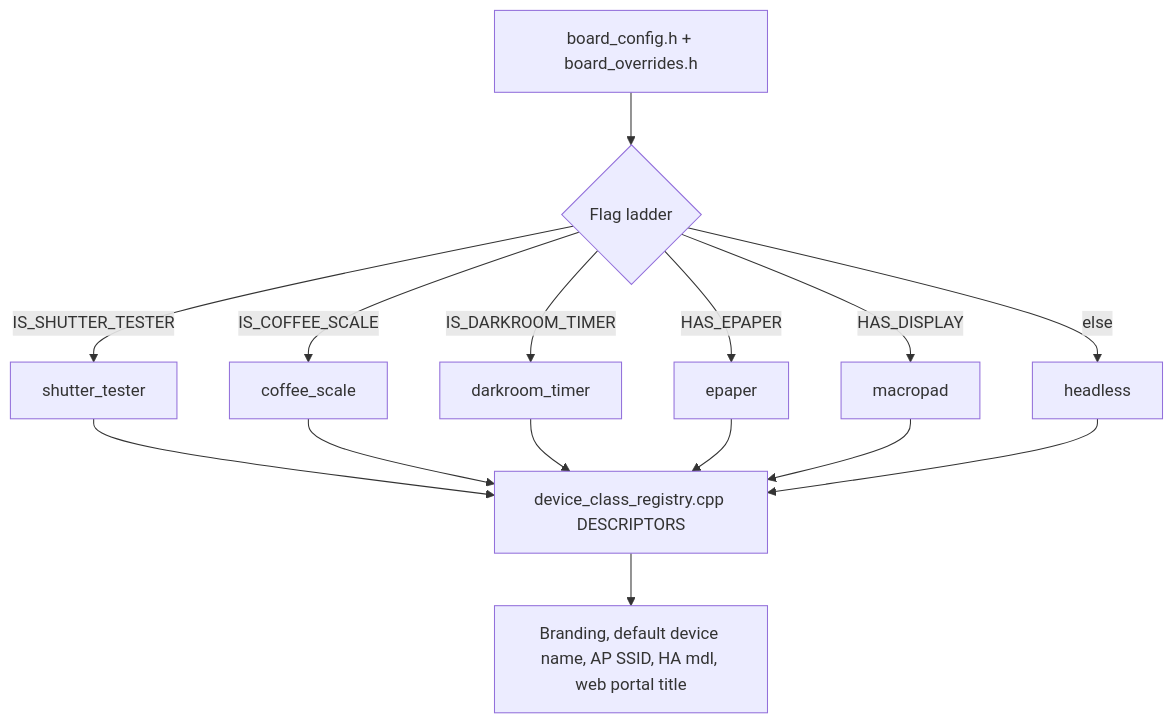
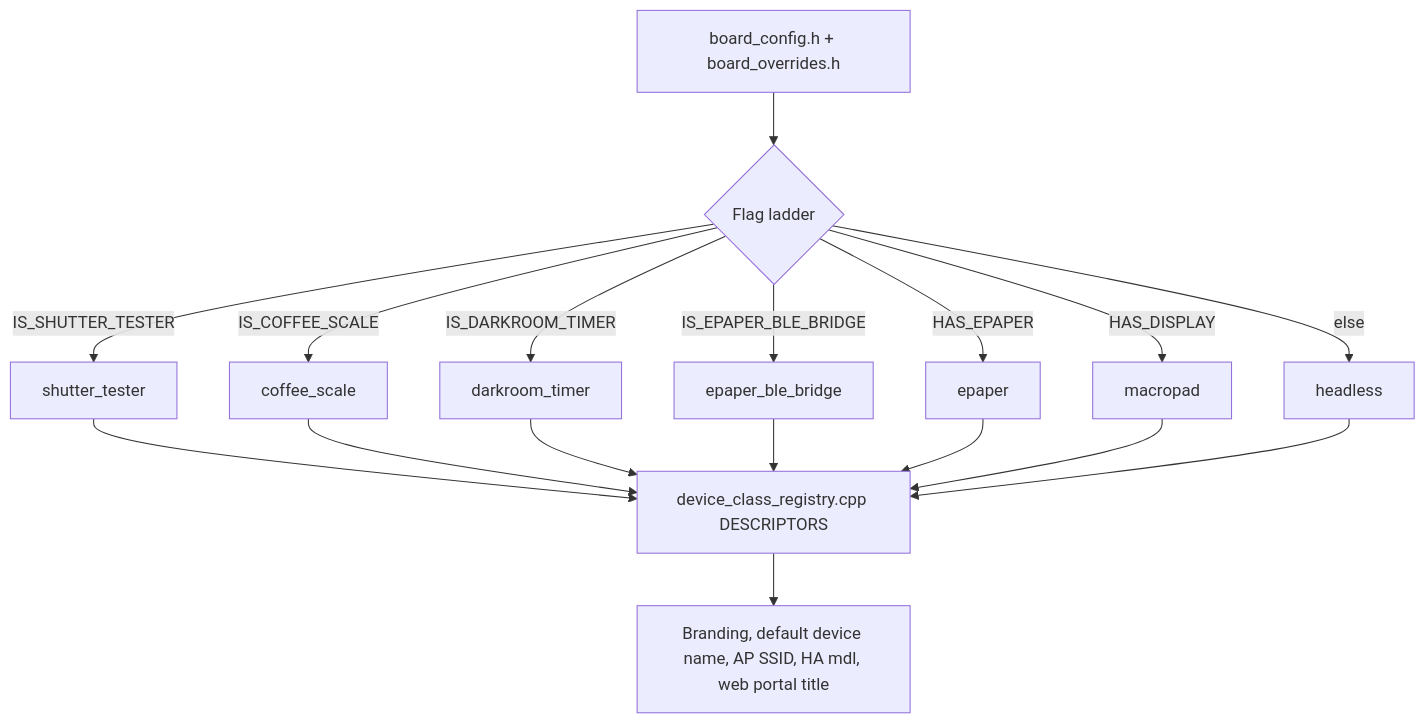
Before and after one commit to jantielens/esp32-macropad: the diagram in docs/device-classes/README.md, drawn with Mermaid. The commit also changed other lines of this file and 31 other files, not shown here.

First line of the commit message:
feat(epaper): add BLE bridge runtime

````diff
--- a/docs/device-classes/README.md
+++ b/docs/device-classes/README.md
@@ -17,12 +18,13 @@
 ```mermaid
 flowchart TD
     Board[board_config.h + board_overrides.h] --> Flags{Flag ladder}
     Flags -->|IS_SHUTTER_TESTER| Shutter[shutter_tester]
     Flags -->|IS_COFFEE_SCALE| Coffee[coffee_scale]
     Flags -->|IS_DARKROOM_TIMER| Darkroom[darkroom_timer]
+    Flags -->|IS_EPAPER_BLE_BRIDGE| Bridge[epaper_ble_bridge]
     Flags -->|HAS_EPAPER| EPaper[epaper]
     Flags -->|HAS_DISPLAY| Macropad[macropad]
     Flags -->|else| Headless[headless]
-    Shutter & Coffee & Darkroom & EPaper & Macropad & Headless --> Reg[device_class_registry.cpp DESCRIPTORS]
+    Shutter & Coffee & Darkroom & Bridge & EPaper & Macropad & Headless --> Reg[device_class_registry.cpp DESCRIPTORS]
     Reg --> Brand[Branding, default device name, AP SSID, HA mdl, web portal title]
 ```
````
